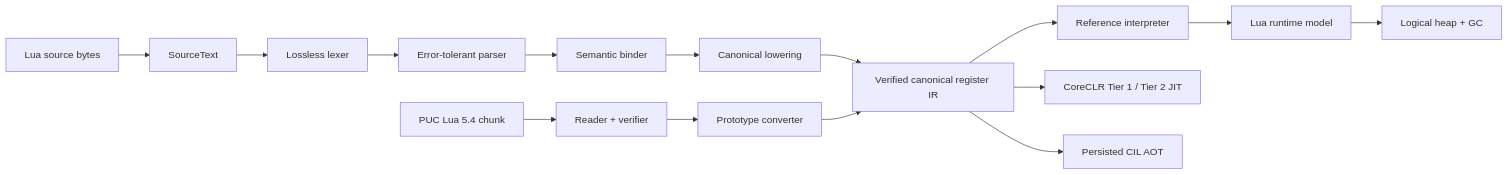
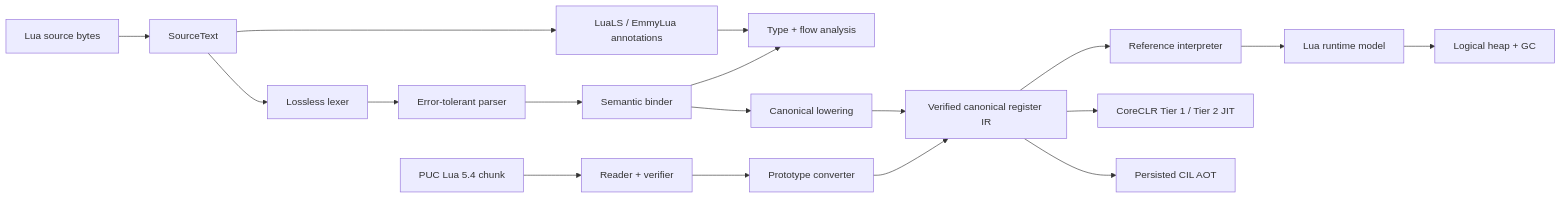
Before and after one commit to dlqw/Lunil: the diagram in README.md, drawn with Mermaid. The commit also changed other lines of this file and 33 other files, not shown here.

First line of the commit message:
feat: add budgeted type and flow analysis (#23)

````diff
--- a/README.md
+++ b/README.md
@@ -328,20 +334,23 @@
 ```mermaid
 flowchart LR
     Source[Lua source bytes] --> Text[SourceText]
     Text --> Lexer[Lossless lexer]
     Lexer --> Parser[Error-tolerant parser]
     Parser --> Binder[Semantic binder]
+    Text --> Annotation[LuaLS / EmmyLua annotations]
+    Annotation --> Analysis[Type + flow analysis]
+    Binder --> Analysis
     Binder --> Lowerer[Canonical lowering]
 
     Chunk[PUC Lua 5.4 chunk] --> Reader[Reader + verifier]
     Reader --> Converter[Prototype converter]
 
     Lowerer --> IR[Verified canonical register IR]
     Converter --> IR
     IR --> Interpreter[Reference interpreter]
     Interpreter --> Runtime[Lua runtime model]
     Runtime --> Heap[Logical heap + GC]
 
     IR --> JIT[CoreCLR Tier 1 / Tier 2 JIT]
     IR --> AOT[Persisted CIL AOT]
 ```
````
